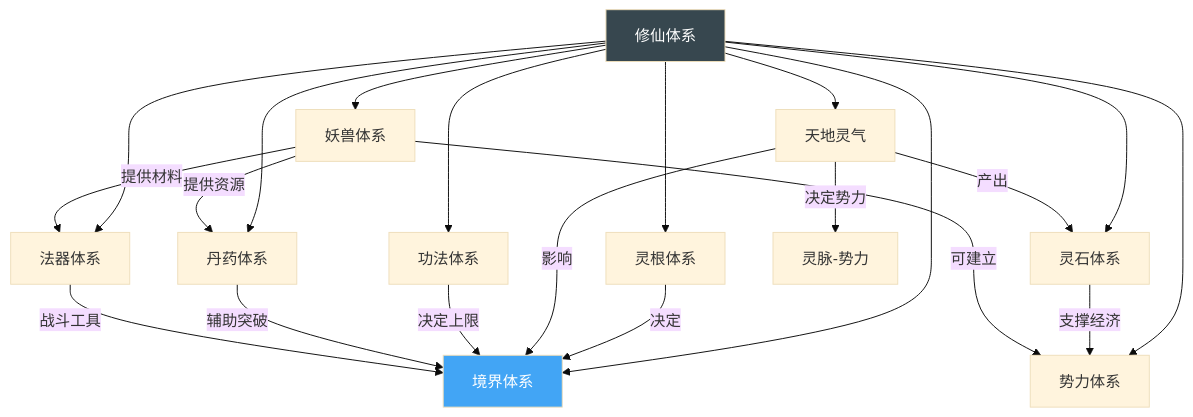
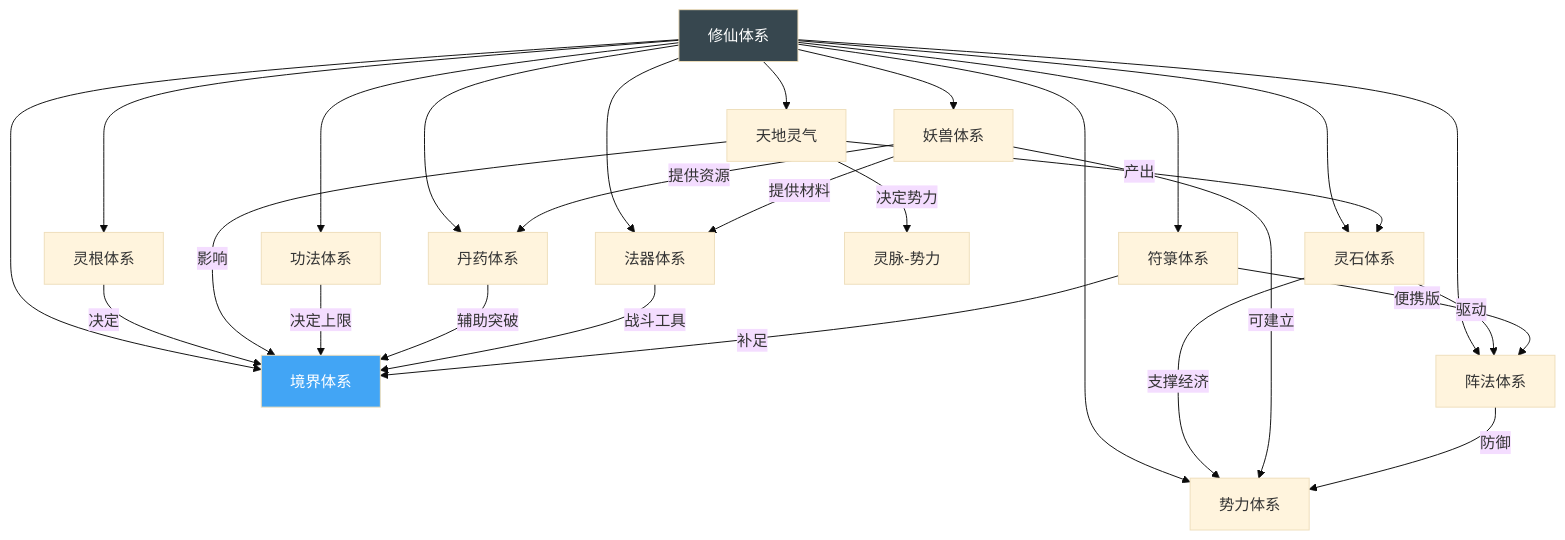
One commit to shushuzn/xiuxian-structure changed the fifth of 6 diagrams in docs/图谱.md. Above: the diagram before and after it, drawn with Mermaid (base theme). The commit also changed 8 other files, not shown here.

````diff
--- a/docs/图谱.md
+++ b/docs/图谱.md
@@ -89,27 +89,33 @@
 ```mermaid
 flowchart TB
     ROOT[修仙体系] --> LG[灵根体系]
     ROOT --> YQ[天地灵气]
     ROOT --> GF[功法体系]
     ROOT --> DD[丹药体系]
     ROOT --> FQ[法器体系]
     ROOT --> JJ[境界体系]
     ROOT --> YS[妖兽体系]
     ROOT --> SL[势力体系]
     ROOT --> LS[灵石体系]
+    ROOT --> ZS[阵法体系]
+    ROOT --> FL[符箓体系]
 
     LG -->|决定| JJ
     YQ -->|影响| JJ
     YQ -->|决定势力| YQ2[灵脉-势力]
     GF -->|决定上限| JJ
     DD -->|辅助突破| JJ
     FQ -->|战斗工具| JJ
     YQ -->|产出| LS
     LS -->|支撑经济| SL
     YS -->|可建立| SL
     YS -->|提供资源| DD
     YS -->|提供材料| FQ
+    LS -->|驱动| ZS
+    ZS -->|防御| SL
+    FL -->|补足| JJ
+    FL -->|便携版| ZS
 
     style ROOT fill:#37474f,color:#fff
     style JJ fill:#42a5f5,color:#fff
 ```
````
